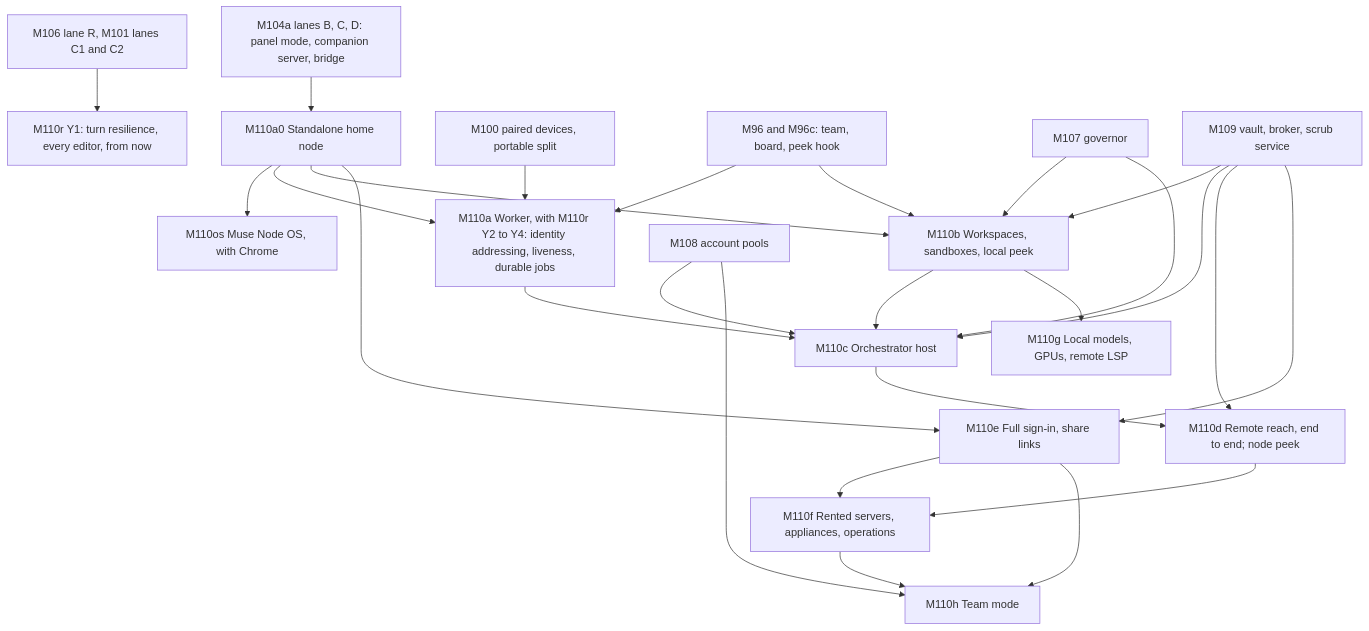
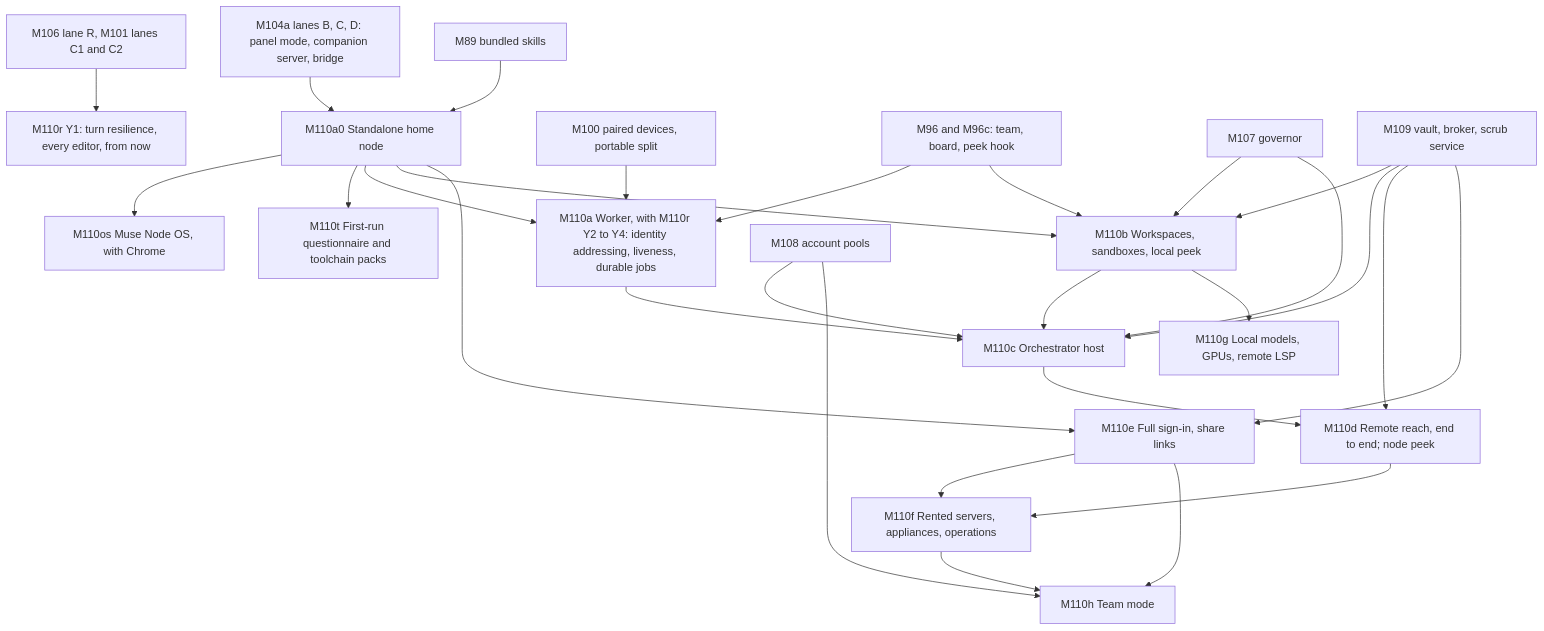
The second of 2 diagrams in docs/research/muse-node-2026-10-05.md (RandyNorthrup/muse-spark-code), drawn with Mermaid before and after one commit. The commit also changed 1 other file, not shown here.

Commit message:
Plan M110 first-run questionnaire and toolchain packs
D90.27: every node and Muse Node OS image ships a pinned base agent
toolset (git, gh, Node 24, Python 3 with uv, ripgrep, fd, jq, curl, unzip,
build-essential, clang, make, cmake, gitleaks), the bundled
high-quality-projects skills (M89) and the /help reference, with Chrome for
Testing through M81's verified store. Lane B0 joins M110a0.

A first-run questionnaire (first-boot setup, TUI, M111's desktop
onboarding, re-runnable from Settings) asks how the agents will mostly be
used, the experience level (never a safety setting) and how strict the
quality defaults are, then shows a pack list; nothing installs before the
user's Install. New phase M110t: packs from the skill's stack table as
signed, pinned, content-addressed layers that come off cleanly, with a
compatibility check before install (TypeScript 6.0.x for typescript-eslint,
dpdm not madge), sizes up front, an offline cache and M107-governed
installs; a capability file and read-only toolchains tool so agents use the
right gate commands; agents may request a pack, never install one; an
optional guided install on the user's own machine in every editor.

````diff
--- a/docs/research/muse-node-2026-10-05.md
+++ b/docs/research/muse-node-2026-10-05.md
@@ -911,29 +911,31 @@
 ```mermaid
 flowchart TD
   M104a["M104a lanes B, C, D: panel mode, companion server, bridge"] --> A0["M110a0 Standalone home node"]
   A0 --> OS["M110os Muse Node OS, with Chrome"]
+  A0 --> T["M110t First-run questionnaire and toolchain packs"]
+  M89["M89 bundled skills"] --> A0
   R1["M110r Y1: turn resilience, every editor, from now"]
   M106["M106 lane R, M101 lanes C1 and C2"] --> R1
   A0 --> A["M110a Worker, with M110r Y2 to Y4: identity addressing, liveness, durable jobs"]
   M100["M100 paired devices, portable split"] --> A
   M96["M96 and M96c: team, board, peek hook"] --> A
   A0 --> B["M110b Workspaces, sandboxes, local peek"]
   M107["M107 governor"] --> B
   M109["M109 vault, broker, scrub service"] --> B
   M96 --> B
   A --> C["M110c Orchestrator host"]
   B --> C
   M108["M108 account pools"] --> C
   M107 --> C
   M109 --> C
   C --> D["M110d Remote reach, end to end; node peek"]
   M109 --> D
   A0 --> E["M110e Full sign-in, share links"]
   M109 --> E
   D --> F["M110f Rented servers, appliances, operations"]
   E --> F
   B --> G["M110g Local models, GPUs, remote LSP"]
   E --> H["M110h Team mode"]
   F --> H
   M108 --> H
 ```
````
